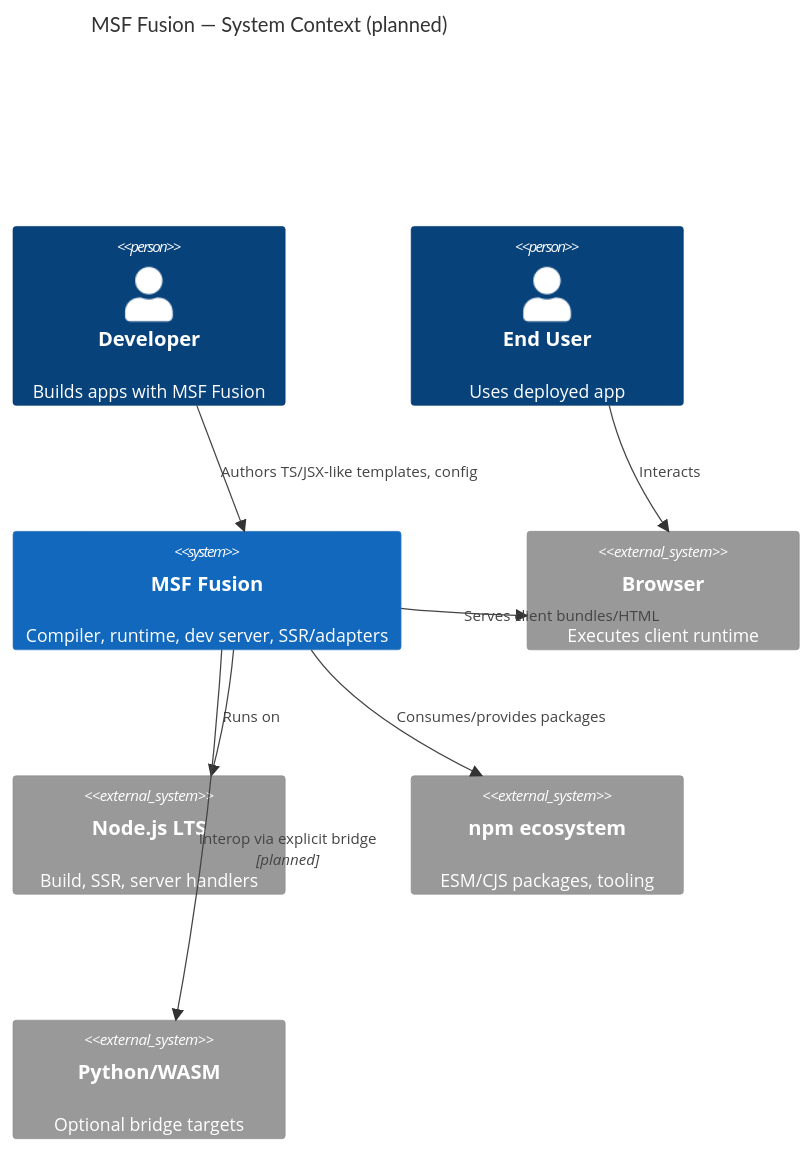
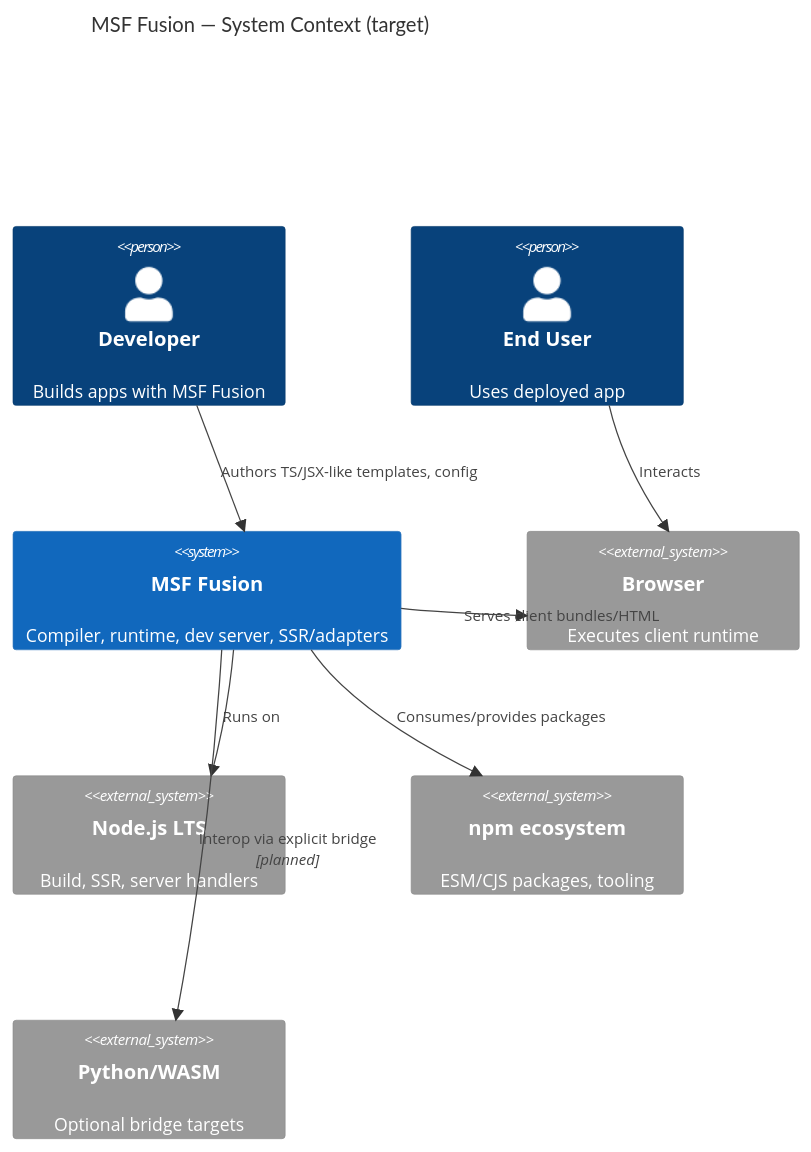
The first of 4 diagrams in docs/architecture/overview.md (Mustafa1998-tech/MSF-Fusion), drawn with Mermaid before and after one commit. The commit also changed other lines of this file and 37 other files, not shown here.

````diff
--- a/docs/architecture/overview.md
+++ b/docs/architecture/overview.md
@@ -15,17 +29,17 @@
 ```mermaid
 C4Context
-  title MSF Fusion — System Context (planned)
+  title MSF Fusion — System Context (target)
   Person(dev, "Developer", "Builds apps with MSF Fusion")
   Person(user, "End User", "Uses deployed app")
   System(msf, "MSF Fusion", "Compiler, runtime, dev server, SSR/adapters")
   System_Ext(browser, "Browser", "Executes client runtime")
   System_Ext(node, "Node.js LTS", "Build, SSR, server handlers")
   System_Ext(npm, "npm ecosystem", "ESM/CJS packages, tooling")
   System_Ext(py, "Python/WASM", "Optional bridge targets")
   Rel(dev, msf, "Authors TS/JSX-like templates, config")
   Rel(msf, browser, "Serves client bundles/HTML")
   Rel(msf, node, "Runs on")
   Rel(msf, npm, "Consumes/provides packages")
   Rel(msf, py, "Interop via explicit bridge", "planned")
   Rel(user, browser, "Interacts")
 ```
````
